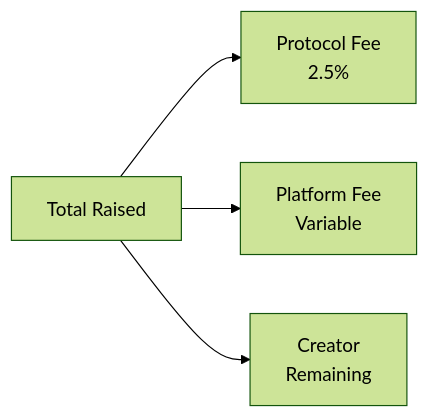
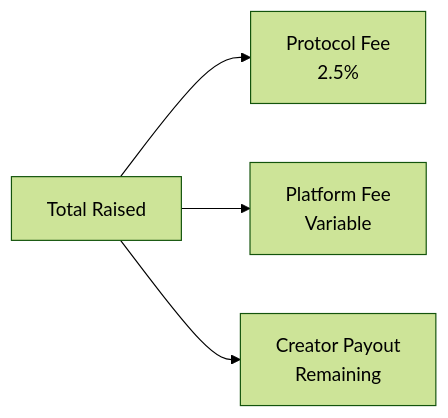
The third of 4 diagrams in docs/guides/contracts-sdk-complete.md (oak-network/docs), drawn with Mermaid (forest theme) before and after one commit. The commit also changed other lines of this file, not shown here.

````diff
--- a/docs/guides/contracts-sdk-complete.md
+++ b/docs/guides/contracts-sdk-complete.md
@@ -358,6 +360,6 @@
 ```mermaid
 flowchart LR
     Total[Total Raised] --> Protocol[Protocol Fee<br/>2.5%]
     Total --> Platform[Platform Fee<br/>Variable]
-    Total --> Creator[Creator<br/>Remaining]
+    Total --> Creator[Creator Payout<br/>Remaining]
 ```
````
